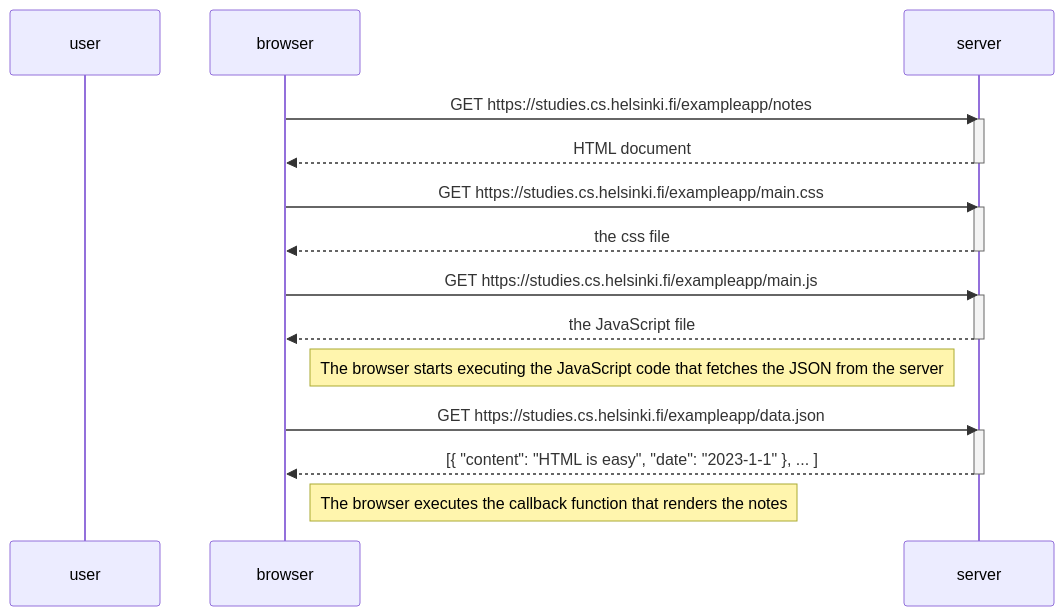
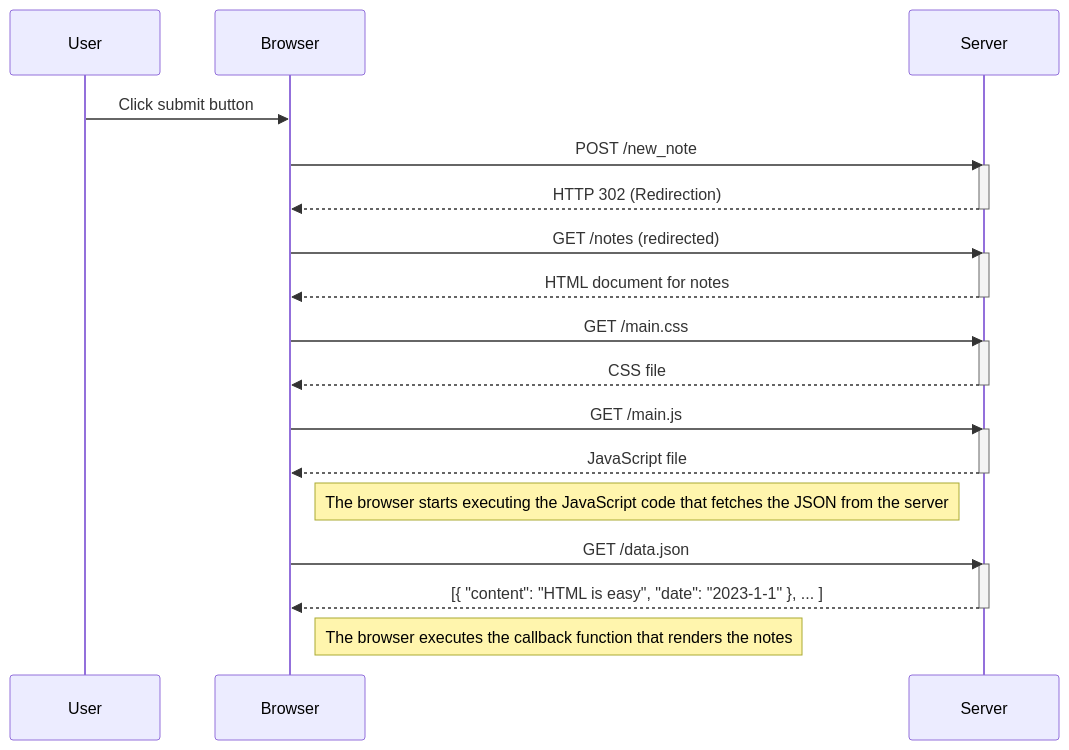
One commit to PabelH/FullStackOpenPart0 changed the diagram in 04.md. Above: the diagram before and after it, drawn with Mermaid.

````diff
--- a/04.md
+++ b/04.md
@@ -1,30 +1,37 @@
 ```mermaid
 sequenceDiagram
-    participant user
-    participant browser
-    participant server
+    
+    participant User
+    participant Browser
+    participant Server
 
-    browser->>server: GET https://studies.cs.helsinki.fi/exampleapp/notes
-    activate server
-    server-->>browser: HTML document
-    deactivate server
+    User->>Browser: Click submit button
+    Browser->>Server: POST /new_note
+    activate Server
+    Server-->>Browser: HTTP 302 (Redirection)
+    deactivate Server
 
-    browser->>server: GET https://studies.cs.helsinki.fi/exampleapp/main.css
-    activate server
-    server-->>browser: the css file
-    deactivate server
+    Browser->>Server: GET /notes (redirected)
+    activate Server
+    Server-->>Browser: HTML document for notes
+    deactivate Server
 
-    browser->>server: GET https://studies.cs.helsinki.fi/exampleapp/main.js
-    activate server
-    server-->>browser: the JavaScript file
-    deactivate server
+    Browser->>Server: GET /main.css
+    activate Server
+    Server-->>Browser: CSS file
+    deactivate Server
 
-    Note right of browser: The browser starts executing the JavaScript code that fetches the JSON from the server
+    Browser->>Server: GET /main.js
+    activate Server
+    Server-->>Browser: JavaScript file
+    deactivate Server
 
-    browser->>server: GET https://studies.cs.helsinki.fi/exampleapp/data.json
-    activate server
-    server-->>browser: [{ "content": "HTML is easy", "date": "2023-1-1" }, ... ]
-    deactivate server
+    Note right of Browser: The browser starts executing the JavaScript code that fetches the JSON from the server
 
-    Note right of browser: The browser executes the callback function that renders the notes
+    Browser->>Server: GET /data.json
+    activate Server
+    Server-->>Browser: [{ "content": "HTML is easy", "date": "2023-1-1" }, ... ]
+    deactivate Server
+
+    Note right of Browser: The browser executes the callback function that renders the notes
 ```
````
